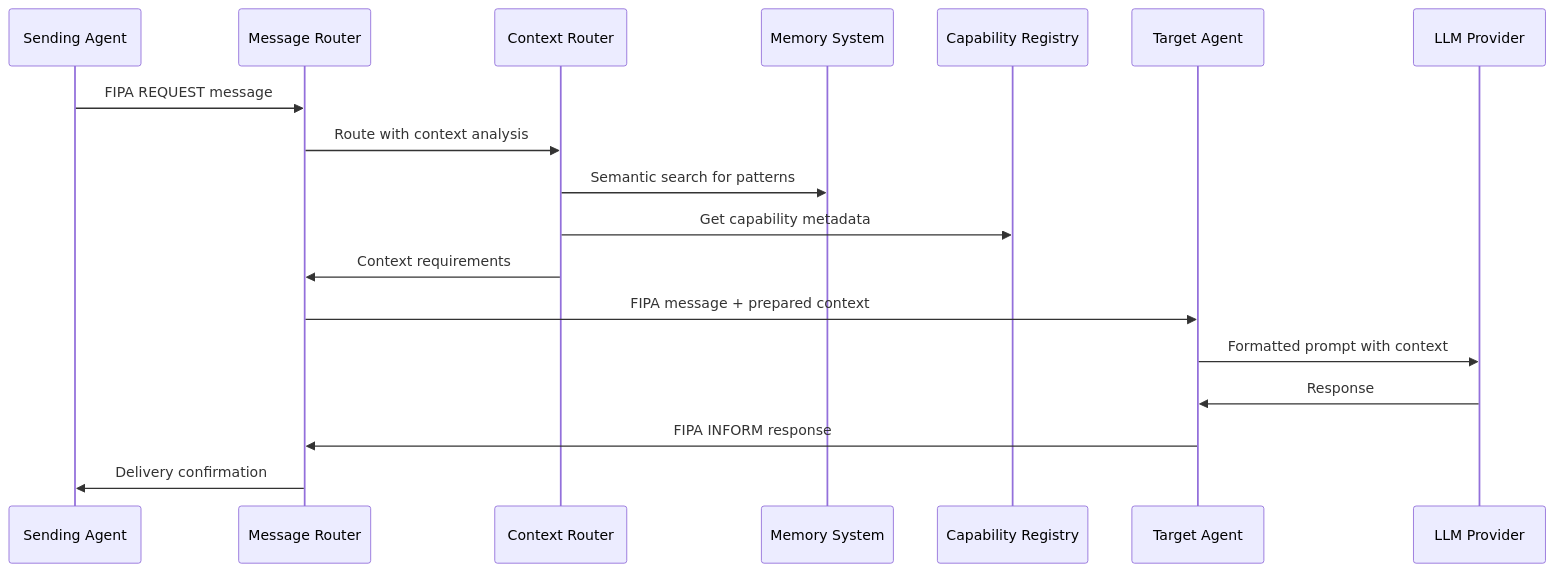
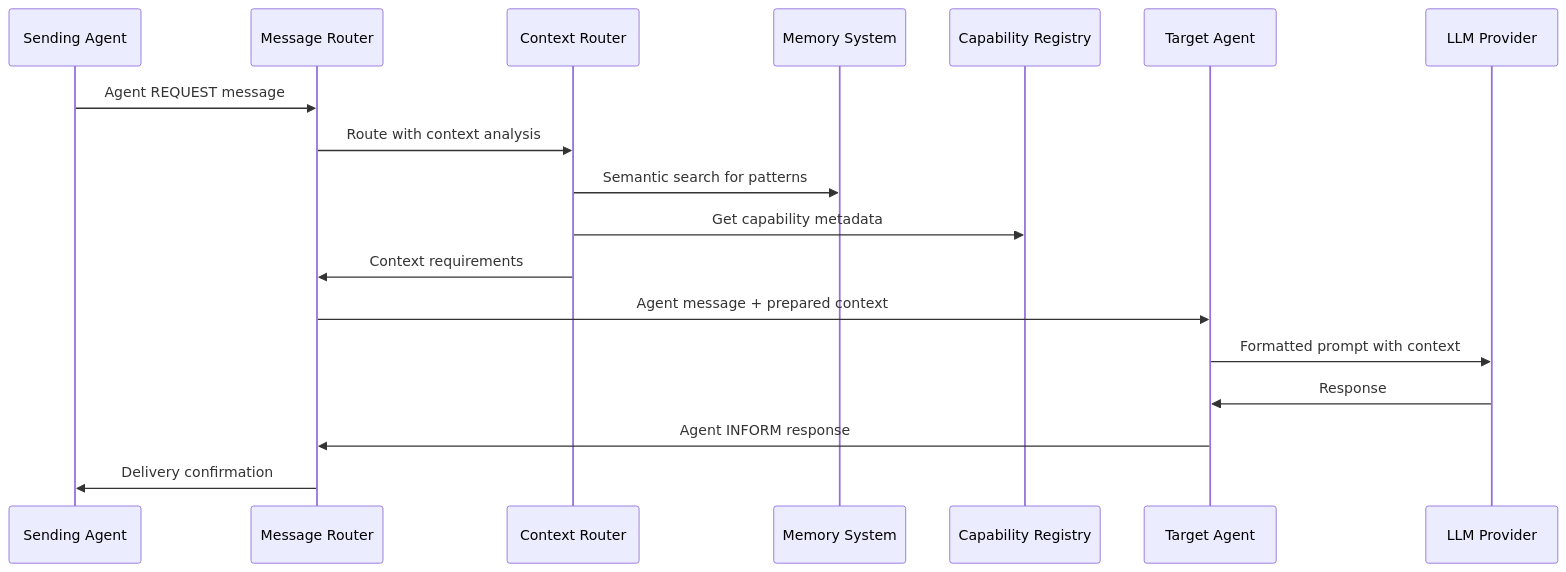
One commit to jwilger/caxton changed the diagram in docs/_messaging/fipa-acl-subset.md. Above: the diagram before and after it, drawn with Mermaid. The commit also changed other lines of this file and 84 other files, not shown here.

````diff
--- a/docs/_messaging/fipa-acl-subset.md
+++ b/docs/_messaging/fipa-acl-subset.md
@@ -155,21 +154,21 @@
 ```mermaid
 sequenceDiagram
     participant Sender as Sending Agent
     participant Router as Message Router
     participant ContextR as Context Router
     participant Memory as Memory System
     participant Registry as Capability Registry
     participant Target as Target Agent
     participant LLM as LLM Provider
 
-    Sender->>Router: FIPA REQUEST message
+    Sender->>Router: Agent REQUEST message
     Router->>ContextR: Route with context analysis
     ContextR->>Memory: Semantic search for patterns
     ContextR->>Registry: Get capability metadata
     ContextR->>Router: Context requirements
-    Router->>Target: FIPA message + prepared context
+    Router->>Target: Agent message + prepared context
     Target->>LLM: Formatted prompt with context
     LLM->>Target: Response
-    Target->>Router: FIPA INFORM response
+    Target->>Router: Agent INFORM response
     Router->>Sender: Delivery confirmation
 ```
````
